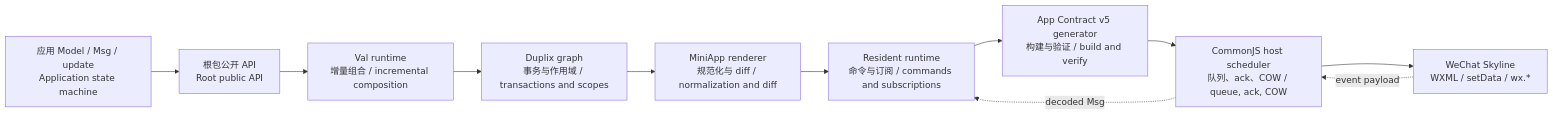
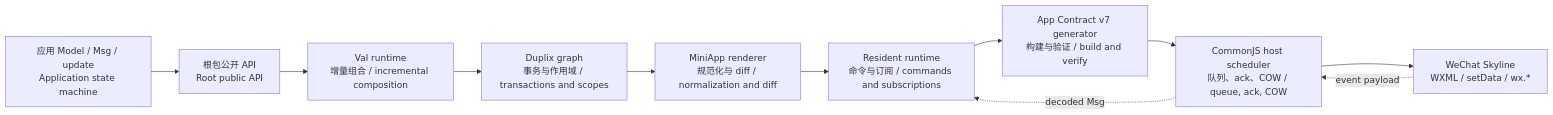
The diagram in docs/code-analysis/assets/diagrams/source/README-1.mmd (lucavance/minimoon), drawn with Mermaid before and after one commit. The commit also changed 23 other files, not shown here.

```diff
--- a/docs/code-analysis/assets/diagrams/source/README-1.mmd
+++ b/docs/code-analysis/assets/diagrams/source/README-1.mmd
@@ -1,21 +1,21 @@
 flowchart LR
     App[应用 Model / Msg / update<br/>Application state machine]
     Public[根包公开 API<br/>Root public API]
     Val[Val runtime<br/>增量组合 / incremental composition]
     Graph[Duplix graph<br/>事务与作用域 / transactions and scopes]
     Renderer[MiniApp renderer<br/>规范化与 diff / normalization and diff]
     Runtime[Resident runtime<br/>命令与订阅 / commands and subscriptions]
-    Generator[App Contract v5 generator<br/>构建与验证 / build and verify]
+    Generator[App Contract v7 generator<br/>构建与验证 / build and verify]
     Host[CommonJS host scheduler<br/>队列、ack、COW / queue, ack, COW]
     Skyline[WeChat Skyline<br/>WXML / setData / wx.*]
 
     App --> Public
     Public --> Val
     Val --> Graph
     Graph --> Renderer
     Renderer --> Runtime
     Runtime --> Generator
     Generator --> Host
     Host --> Skyline
     Skyline -. event payload .-> Host
     Host -. decoded Msg .-> Runtime
```
